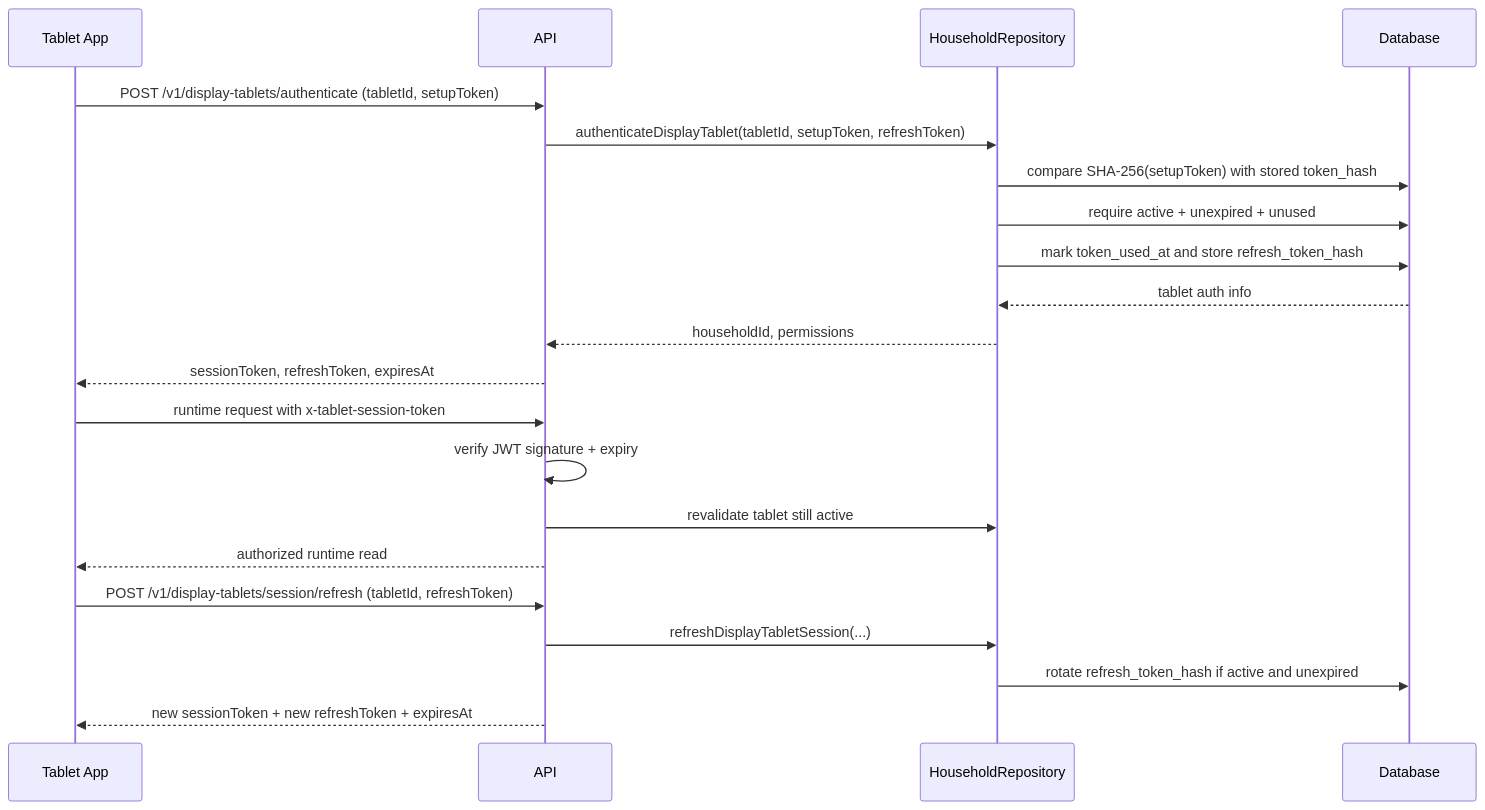
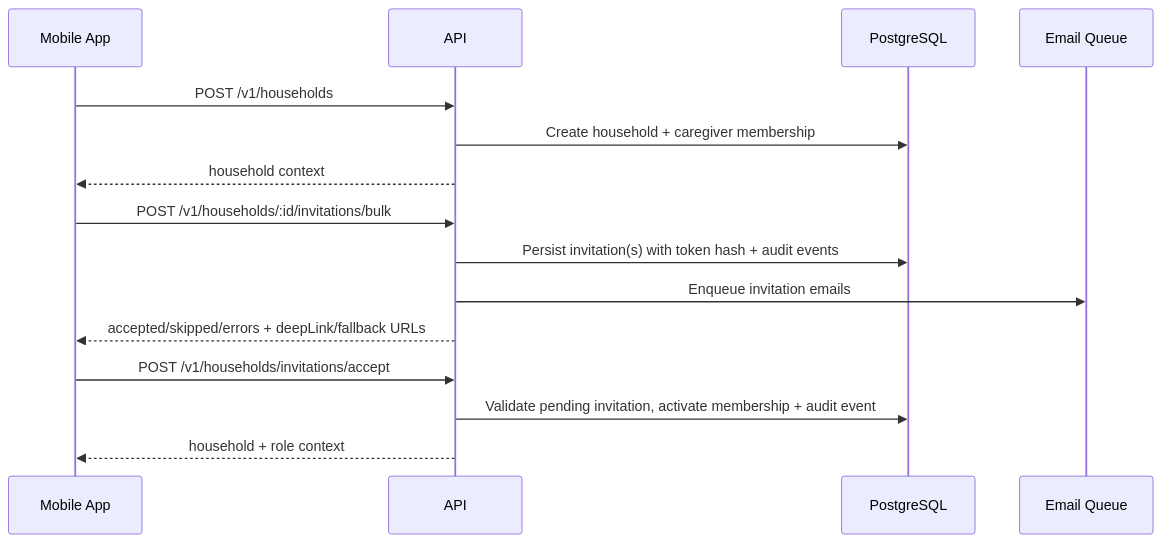
Before and after one commit to bencohensolal/seniorhub-backend: the fifth of 7 diagrams in ARCHITECTURE.md, drawn with Mermaid. The commit also changed other lines of this file and 12 other files, not shown here.

````diff
--- a/ARCHITECTURE.md
+++ b/ARCHITECTURE.md
@@ -301,26 +152,20 @@
 ```mermaid
 sequenceDiagram
-  participant Tablet as Tablet App
+  participant M as Mobile App
   participant API as API
-  participant Repo as HouseholdRepository
-  participant DB as Database
+  participant DB as PostgreSQL
+  participant Q as Email Queue
 
-  Tablet->>API: POST /v1/display-tablets/authenticate (tabletId, setupToken)
-  API->>Repo: authenticateDisplayTablet(tabletId, setupToken, refreshToken)
-  Repo->>DB: compare SHA-256(setupToken) with stored token_hash
-  Repo->>DB: require active + unexpired + unused
-  Repo->>DB: mark token_used_at and store refresh_token_hash
-  DB-->>Repo: tablet auth info
-  Repo-->>API: householdId, permissions
-  API-->>Tablet: sessionToken, refreshToken, expiresAt
+  M->>API: POST /v1/households
+  API->>DB: Create household + caregiver membership
+  API-->>M: household context
 
-  Tablet->>API: runtime request with x-tablet-session-token
-  API->>API: verify JWT signature + expiry
-  API->>Repo: revalidate tablet still active
-  API-->>Tablet: authorized runtime read
+  M->>API: POST /v1/households/:id/invitations/bulk
+  API->>DB: Persist invitation(s) with token hash + audit events
+  API->>Q: Enqueue invitation emails
+  API-->>M: accepted/skipped/errors + deepLink/fallback URLs
 
-  Tablet->>API: POST /v1/display-tablets/session/refresh (tabletId, refreshToken)
-  API->>Repo: refreshDisplayTabletSession(...)
-  Repo->>DB: rotate refresh_token_hash if active and unexpired
-  API-->>Tablet: new sessionToken + new refreshToken + expiresAt
+  M->>API: POST /v1/households/invitations/accept
+  API->>DB: Validate pending invitation, activate membership + audit event
+  API-->>M: household + role context
 ```
````
